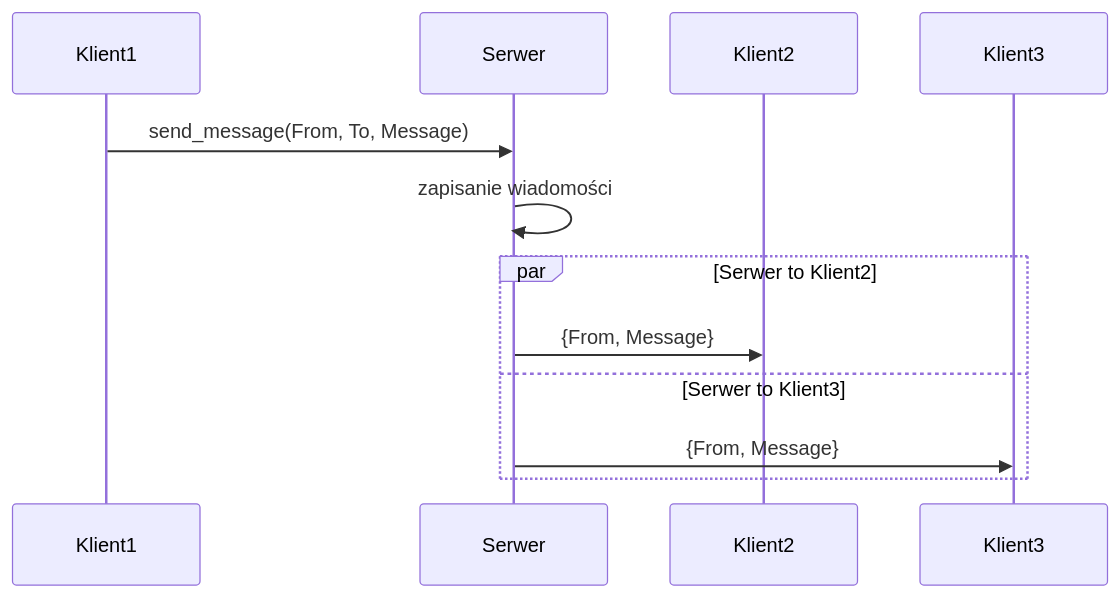
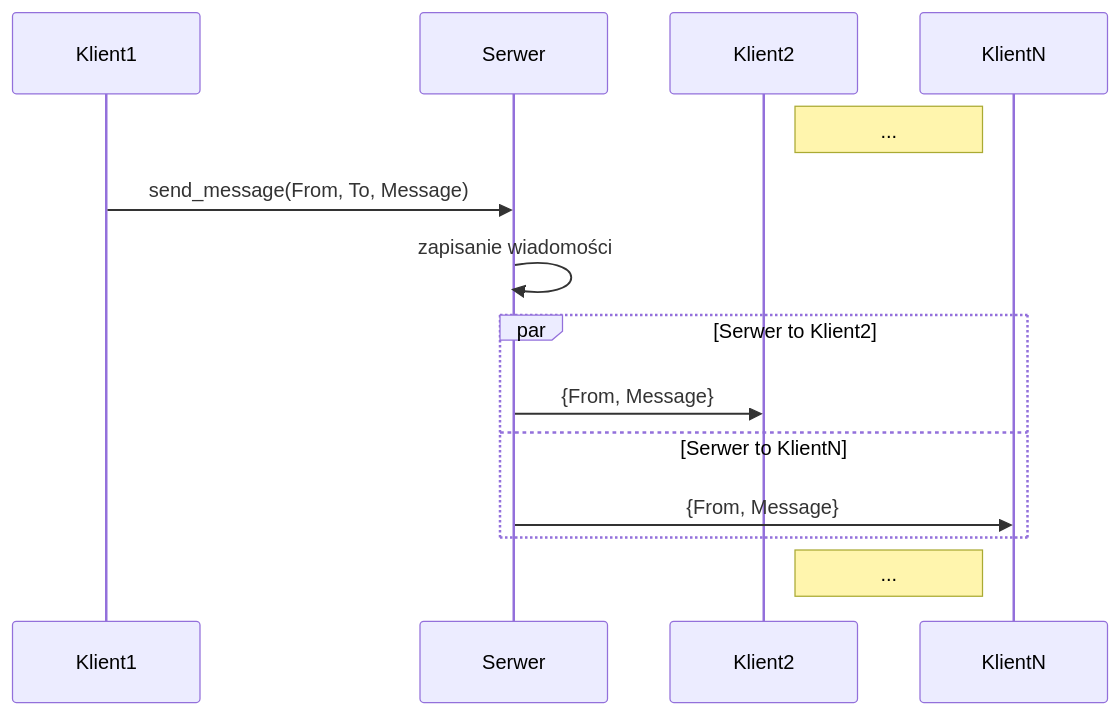
One commit to ZbiStr/communicator changed the third of 6 diagrams in doc/protocol.md. Above: the diagram before and after it, drawn with Mermaid. The commit also changed other lines of this file, not shown here.

````diff
--- a/doc/protocol.md
+++ b/doc/protocol.md
@@ -41,10 +45,14 @@
 ```mermaid
 sequenceDiagram
+participant Klient1
+participant Serwer
+note right of Klient2: ...
 Klient1 ->> Serwer: send_message(From, To, Message)
 Serwer ->> Serwer: zapisanie wiadomości
 par Serwer to Klient2
-Serwer->>Klient2: {From, Message}
-and Serwer to Klient3
-Serwer->>Klient3: {From, Message}
+Serwer->> Klient2: {From, Message}
+and Serwer to KlientN
+Serwer->>KlientN: {From, Message}
 end
+note right of Klient2: ...
 ```
````
